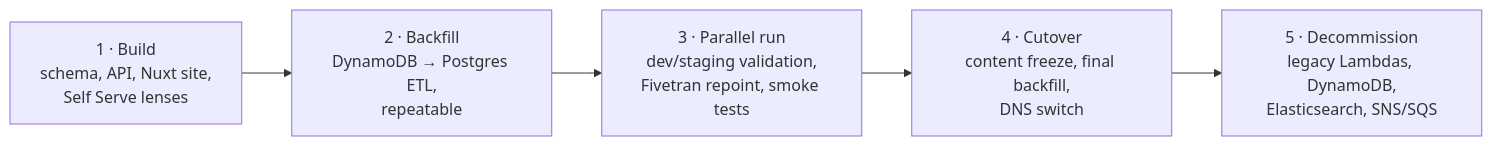
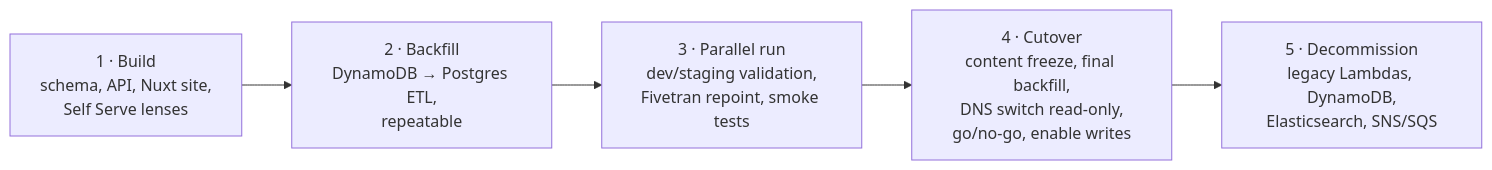
Before and after one commit to linuxfoundation/lfx-mentorship: the diagram in docs/rewrite/03-migration-plan.md, drawn with Mermaid. The commit also changed other lines of this file, not shown here.

````diff
--- a/docs/rewrite/03-migration-plan.md
+++ b/docs/rewrite/03-migration-plan.md
@@ -17,7 +17,7 @@
 ```mermaid
 flowchart LR
     P1["1 · Build<br/>schema, API, Nuxt site,<br/>Self Serve lenses"] --> P2["2 · Backfill<br/>DynamoDB → Postgres ETL,<br/>repeatable"]
     P2 --> P3["3 · Parallel run<br/>dev/staging validation,<br/>Fivetran repoint, smoke tests"]
-    P3 --> P4["4 · Cutover<br/>content freeze, final backfill,<br/>DNS switch"]
+    P3 --> P4["4 · Cutover<br/>content freeze, final backfill,<br/>DNS switch read-only,<br/>go/no-go, enable writes"]
     P4 --> P5["5 · Decommission<br/>legacy Lambdas, DynamoDB,<br/>Elasticsearch, SNS/SQS"]
 ```
````
